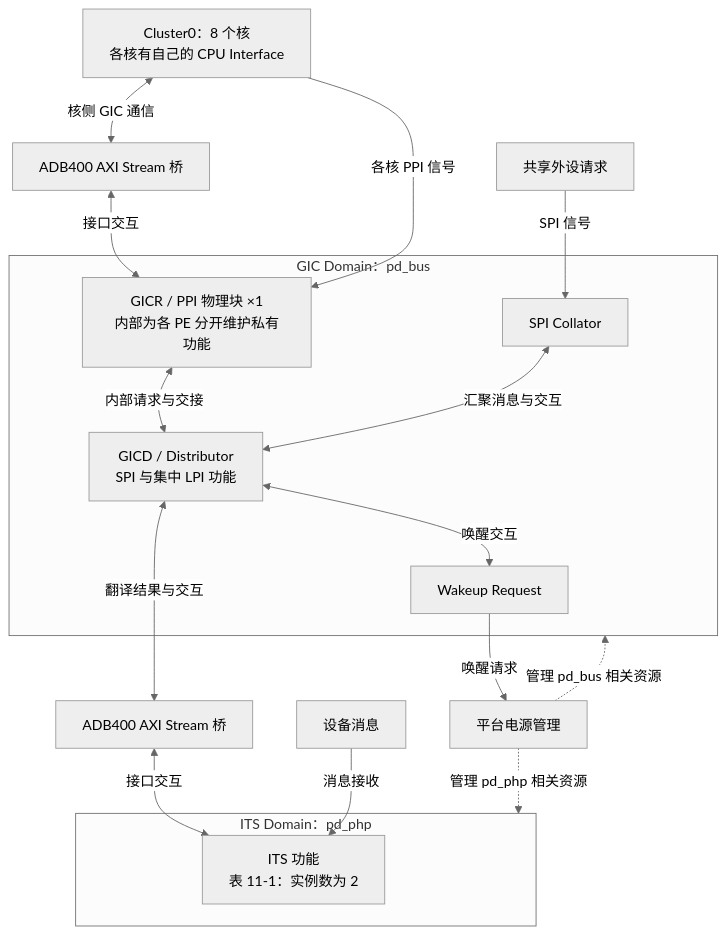
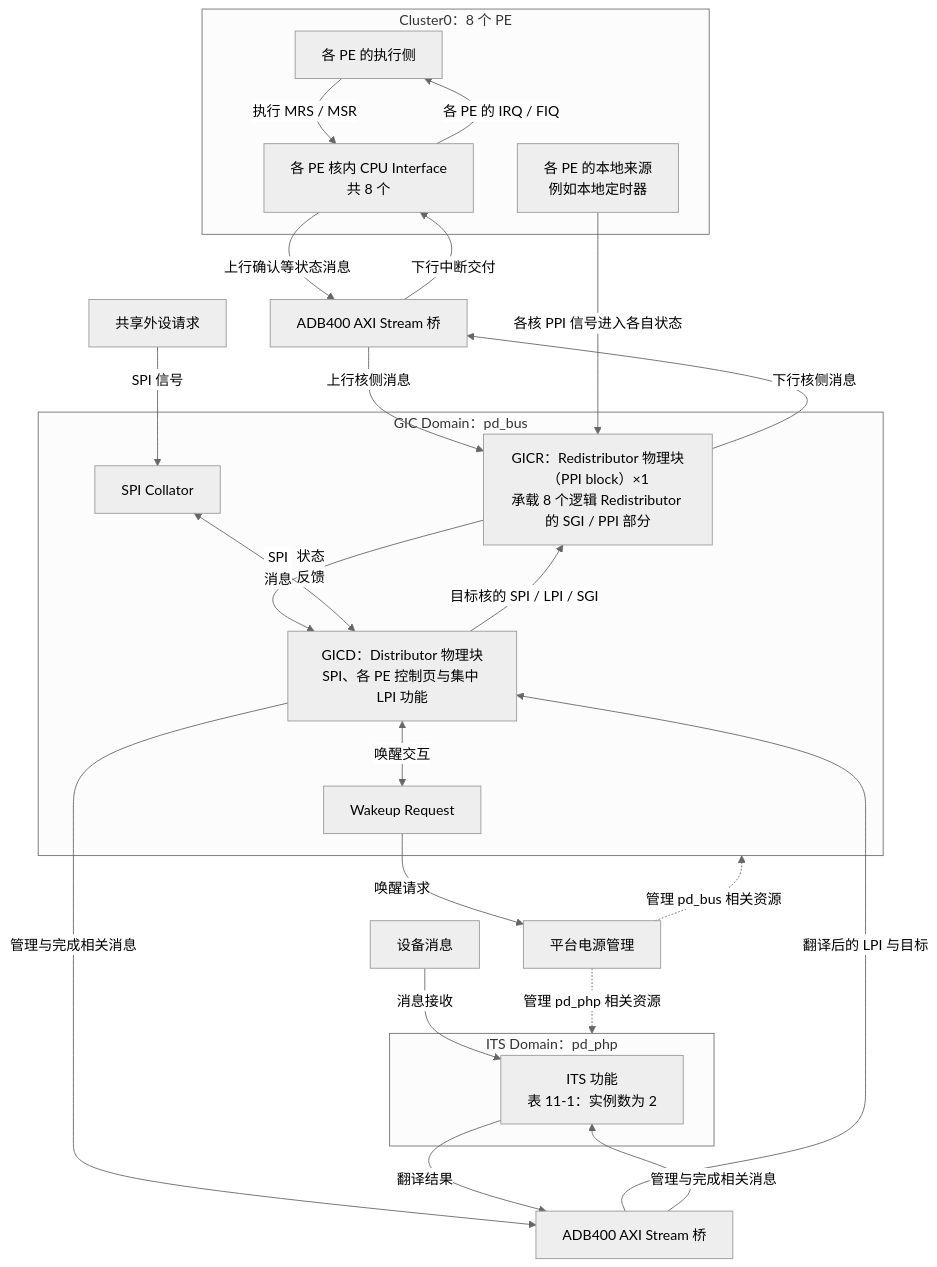
The diagram in platforms/arm/rockchip/rk3588/P01_RK3588的GIC-600集成与手册核对.md (FormingSystem/linux_note), drawn with Mermaid (neutral theme) before and after one commit. The commit also changed other lines of this file and 124 other files, not shown here.

````diff
--- a/platforms/arm/rockchip/rk3588/P01_RK3588的GIC-600集成与手册核对.md
+++ b/platforms/arm/rockchip/rk3588/P01_RK3588的GIC-600集成与手册核对.md
@@ -61,25 +102,37 @@
 ```mermaid
 flowchart TB
-    processors["Cluster0：8 个核<br/>各核有自己的 CPU Interface"] <-->|"核侧 GIC 通信"| core_bridge["ADB400 AXI Stream 桥"]
+    subgraph processors["Cluster0：8 个 PE"]
+        execute["各 PE 的执行侧"]
+        cpu_interfaces["各 PE 核内 CPU Interface<br/>共 8 个"]
+        local_sources["各 PE 的本地来源<br/>例如本地定时器"]
+        execute -->|"执行 MRS / MSR"| cpu_interfaces
+        cpu_interfaces -->|"各 PE 的 IRQ / FIQ"| execute
+    end
+    core_bridge["ADB400 AXI Stream 桥"] -->|"下行中断交付"| cpu_interfaces
+    cpu_interfaces -->|"上行确认等状态消息"| core_bridge
     subgraph gic_domain["GIC Domain：pd_bus"]
-        ppi["GICR / PPI 物理块 ×1<br/>内部为各 PE 分开维护私有功能"]
-        distributor["GICD / Distributor<br/>SPI 与集中 LPI 功能"]
+        ppi["GICR：Redistributor 物理块（PPI block）×1<br/>承载 8 个逻辑 Redistributor 的 SGI / PPI 部分"]
+        distributor["GICD：Distributor 物理块<br/>SPI、各 PE 控制页与集中 LPI 功能"]
         collator["SPI Collator"]
         wake["Wakeup Request"]
-        ppi <-->|"内部请求与交接"| distributor
-        collator <-->|"汇聚消息与交互"| distributor
+        distributor -->|"目标核的 SPI / LPI / SGI"| ppi
+        ppi -->|"状态<br/>反馈"| distributor
+        collator <-->|"SPI<br/>消息"| distributor
         distributor <-->|"唤醒交互"| wake
     end
-    core_bridge <-->|"接口交互"| ppi
-    processors -->|"各核 PPI 信号"| ppi
+    ppi -->|"下行核侧消息"| core_bridge
+    core_bridge -->|"上行核侧消息"| ppi
+    local_sources -->|"各核 PPI 信号进入各自状态"| ppi
     devices["共享外设请求"] -->|"SPI 信号"| collator
-    distributor <-->|"翻译结果与交互"| its_bridge["ADB400 AXI Stream 桥"]
+    its_bridge["ADB400 AXI Stream 桥"] -->|"翻译后的 LPI 与目标"| distributor
+    distributor -->|"管理与完成相关消息"| its_bridge
     subgraph its_domain["ITS Domain：pd_php"]
         its["ITS 功能<br/>表 11-1：实例数为 2"]
     end
-    its_bridge <-->|"接口交互"| its
+    its -->|"翻译结果"| its_bridge
+    its_bridge -->|"管理与完成相关消息"| its
     messages["设备消息"] -->|"消息接收"| its
     wake -->|"唤醒请求"| power["平台电源管理"]
     power -.->|"管理 pd_bus 相关资源"| gic_domain
     power -.->|"管理 pd_php 相关资源"| its_domain
 ```
````
